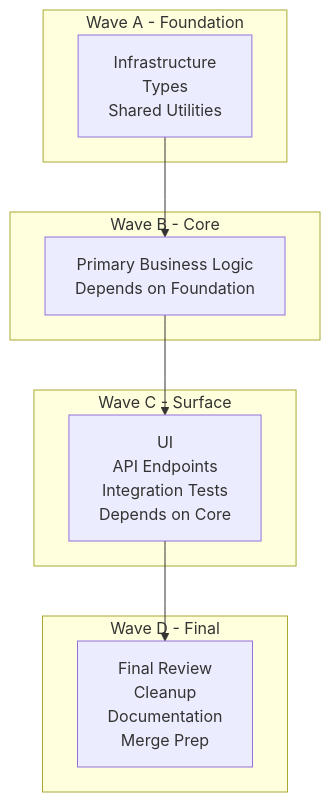
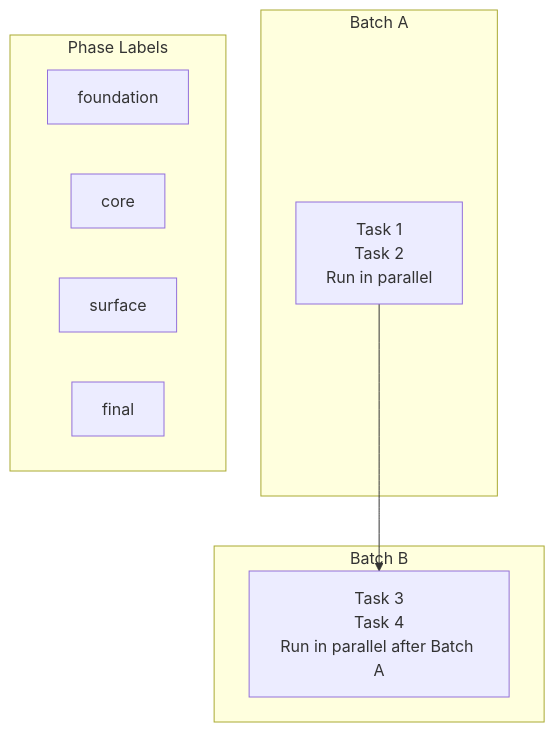
Before and after one commit to gugacarbo/agents-skills: the fifth of 12 diagrams in super-planning/README.md, drawn with Mermaid. The commit also changed other lines of this file and 22 other files, not shown here.

````diff
--- a/super-planning/README.md
+++ b/super-planning/README.md
@@ -106,22 +112,19 @@
 ```mermaid
 flowchart TB
-    subgraph Wave A - Foundation
-        WA[Infrastructure<br/>Types<br/>Shared Utilities]
+    subgraph Batch A
+        WA[Task 1<br/>Task 2<br/>Run in parallel]
     end
 
-    subgraph Wave B - Core
-        WB[Primary Business Logic<br/>Depends on Foundation]
+    subgraph Batch B
+        WB[Task 3<br/>Task 4<br/>Run in parallel after Batch A]
     end
 
-    subgraph Wave C - Surface
-        WC[UI<br/>API Endpoints<br/>Integration Tests<br/>Depends on Core]
-    end
-
-    subgraph Wave D - Final
-        WD[Final Review<br/>Cleanup<br/>Documentation<br/>Merge Prep]
+    subgraph Phase Labels
+        P1[foundation]
+        P2[core]
+        P3[surface]
+        P4[final]
     end
 
     WA --> WB
-    WB --> WC
-    WC --> WD
 ```
````
